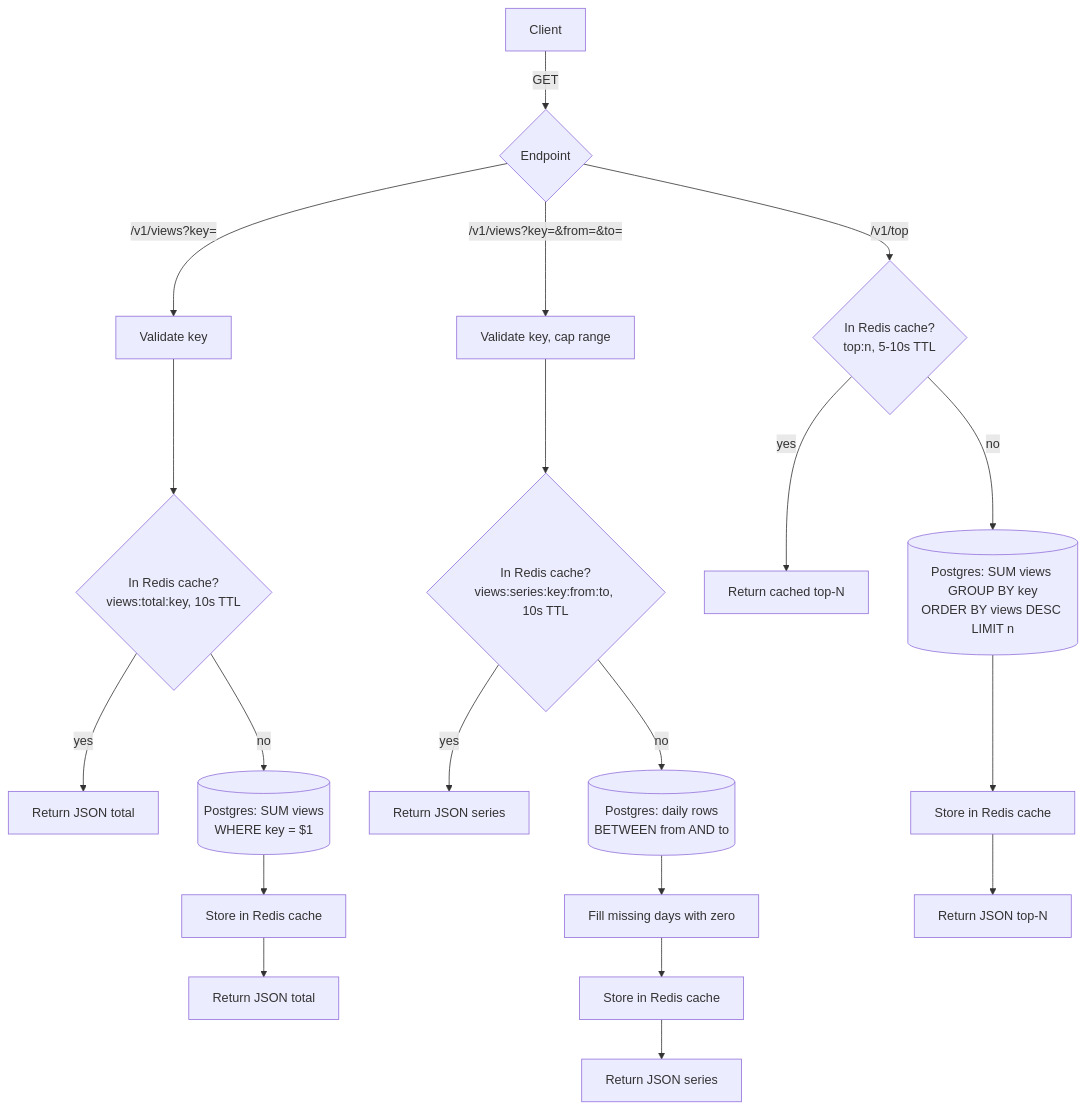
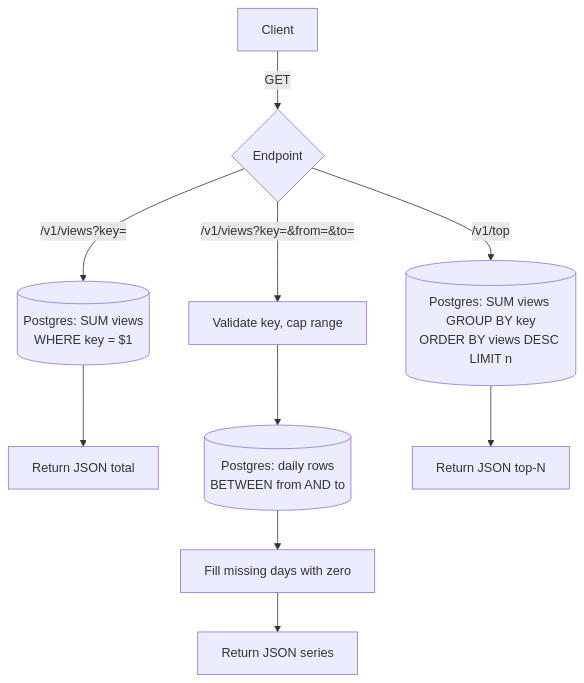
One commit to oshanz/view-counter changed the diagram in docs/read-path.md. Above: the diagram before and after it, drawn with Mermaid. The commit also changed other lines of this file and 3 other files, not shown here.

````diff
--- a/docs/read-path.md
+++ b/docs/read-path.md
@@ -9,25 +7,15 @@
 ```mermaid
 flowchart TD
     C[Client] -->|GET| RT{Endpoint}
 
-    RT -->|/v1/views?key=| NP[Validate key]
-    NP --> CK1{In Redis cache?<br/>views:total:key, 10s TTL}
-    CK1 -- yes --> J1[Return JSON total]
-    CK1 -- no --> Q1[(Postgres: SUM views<br/>WHERE key = $1)]
-    Q1 --> ST1[Store in Redis cache]
-    ST1 --> J1b[Return JSON total]
+    RT -->|/v1/views?key=| Q1[(Postgres: SUM views<br/>WHERE key = $1)]
+    Q1 --> J1[Return JSON total]
 
-    RT -->|/v1/views?key=&from=&to=| NP2[Validate key, cap range]
-    NP2 --> CK2{In Redis cache?<br/>views:series:key:from:to, 10s TTL}
-    CK2 -- yes --> J2[Return JSON series]
-    CK2 -- no --> Q2[(Postgres: daily rows<br/>BETWEEN from AND to)]
+    RT -->|/v1/views?key=&from=&to=| NP[Validate key, cap range]
+    NP --> Q2[(Postgres: daily rows<br/>BETWEEN from AND to)]
     Q2 --> FILL[Fill missing days with zero]
-    FILL --> ST2[Store in Redis cache]
-    ST2 --> J2b[Return JSON series]
+    FILL --> J2[Return JSON series]
 
-    RT -->|/v1/top| CK3{In Redis cache?<br/>top:n, 5-10s TTL}
-    CK3 -- yes --> J3[Return cached top-N]
-    CK3 -- no --> Q3[(Postgres: SUM views GROUP BY key<br/>ORDER BY views DESC LIMIT n)]
-    Q3 --> ST3[Store in Redis cache]
-    ST3 --> J3b[Return JSON top-N]
+    RT -->|/v1/top| Q3[(Postgres: SUM views GROUP BY key<br/>ORDER BY views DESC LIMIT n)]
+    Q3 --> J3[Return JSON top-N]
 ```
````
